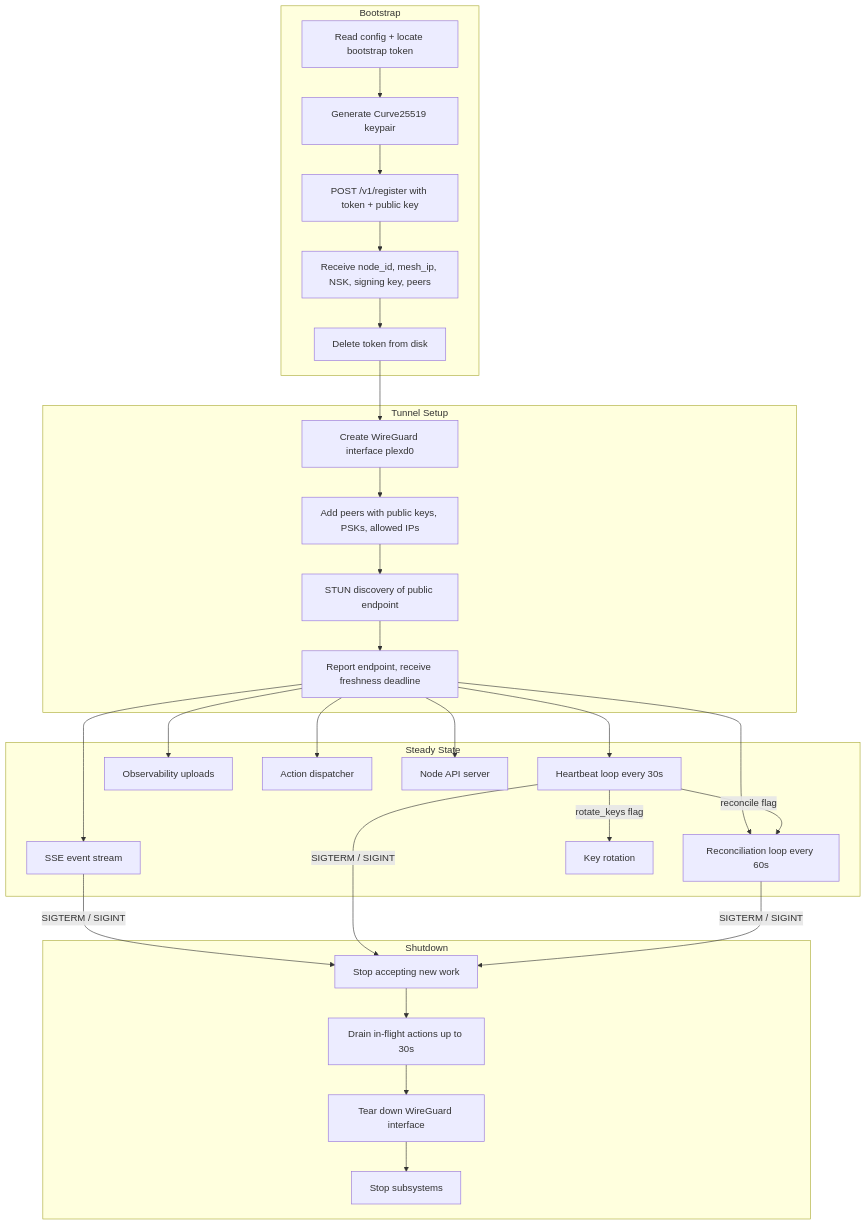
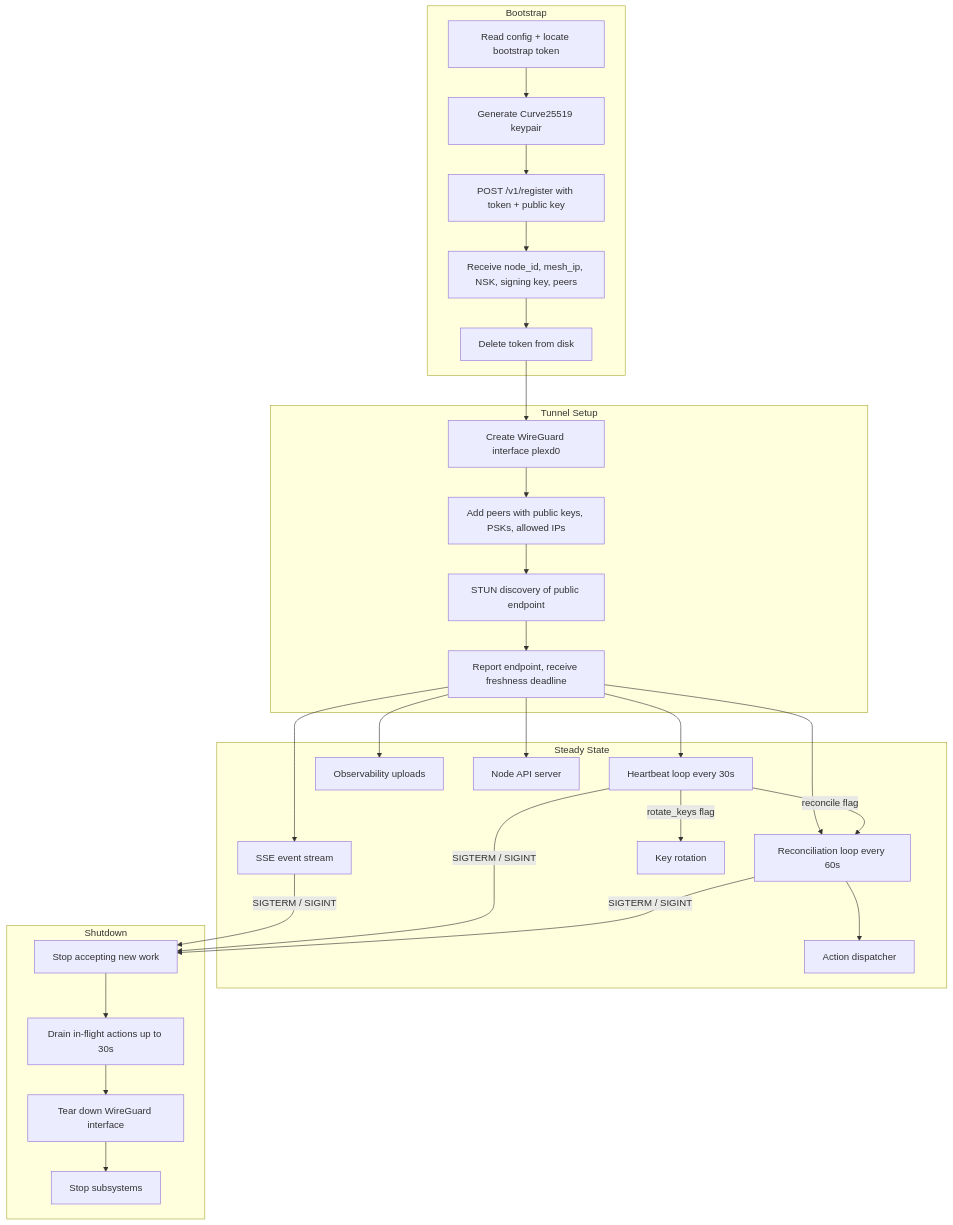
One commit to plexsphere/plexd changed the second of 4 diagrams in docs/guide/platform-communication.md. Above: the diagram before and after it, drawn with Mermaid. The commit also changed other lines of this file and 16 other files, not shown here.

````diff
--- a/docs/guide/platform-communication.md
+++ b/docs/guide/platform-communication.md
@@ -72,34 +72,34 @@
 ```mermaid
 flowchart TD
     subgraph Bootstrap
         B1[Read config + locate bootstrap token] --> B2[Generate Curve25519 keypair]
         B2 --> B3[POST /v1/register with token + public key]
         B3 --> B4[Receive node_id, mesh_ip, NSK, signing key, peers]
         B4 --> B5[Delete token from disk]
     end
 
     subgraph Tunnel Setup
         B5 --> T1[Create WireGuard interface plexd0]
         T1 --> T2[Add peers with public keys, PSKs, allowed IPs]
         T2 --> T3[STUN discovery of public endpoint]
         T3 --> T4[Report endpoint, receive freshness deadline]
     end
 
     subgraph Steady State
         T4 --> S1[SSE event stream]
         T4 --> S2[Heartbeat loop every 30s]
         T4 --> S3[Reconciliation loop every 60s]
         S2 -->|reconcile flag| S3
         S2 -->|rotate_keys flag| S4[Key rotation]
         T4 --> S5[Observability uploads]
-        T4 --> S6[Action dispatcher]
+        S3 --> S6[Action dispatcher]
         T4 --> S7[Node API server]
     end
 
     subgraph Shutdown
         S1 & S2 & S3 -->|SIGTERM / SIGINT| D1[Stop accepting new work]
         D1 --> D2[Drain in-flight actions up to 30s]
         D2 --> D4[Tear down WireGuard interface]
         D4 --> D5[Stop subsystems]
     end
 ```
````
